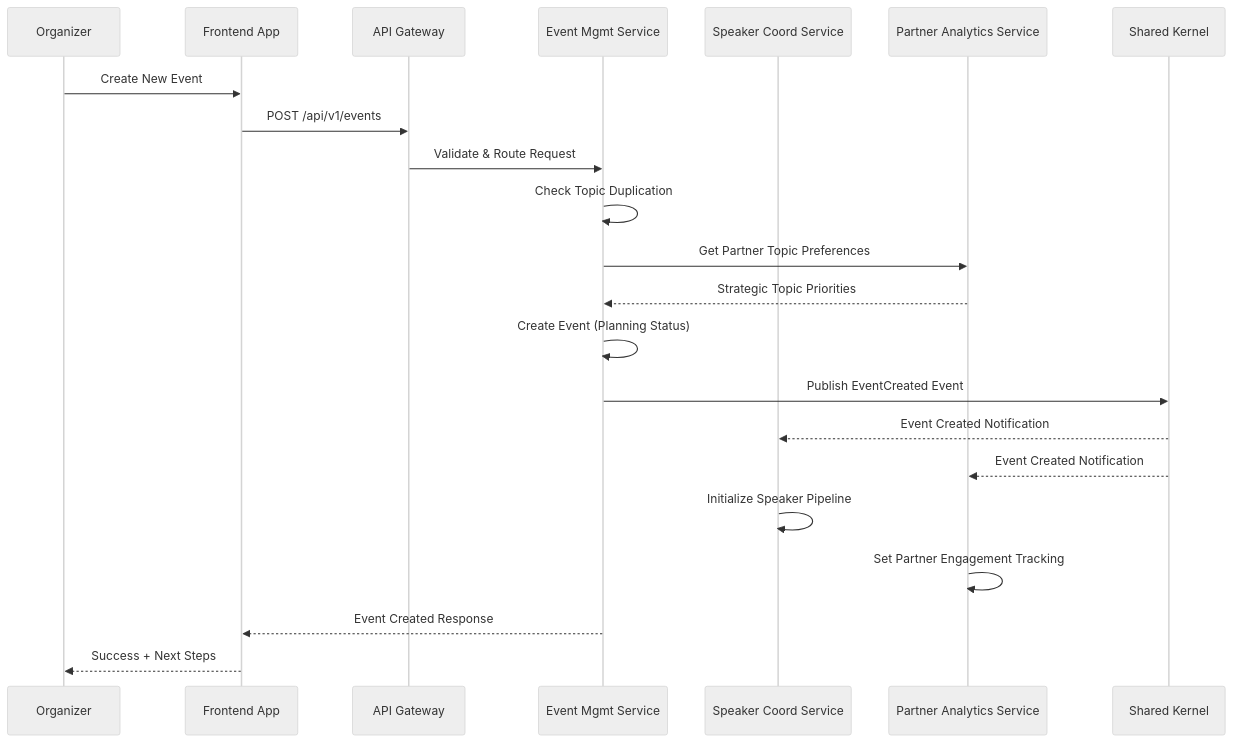
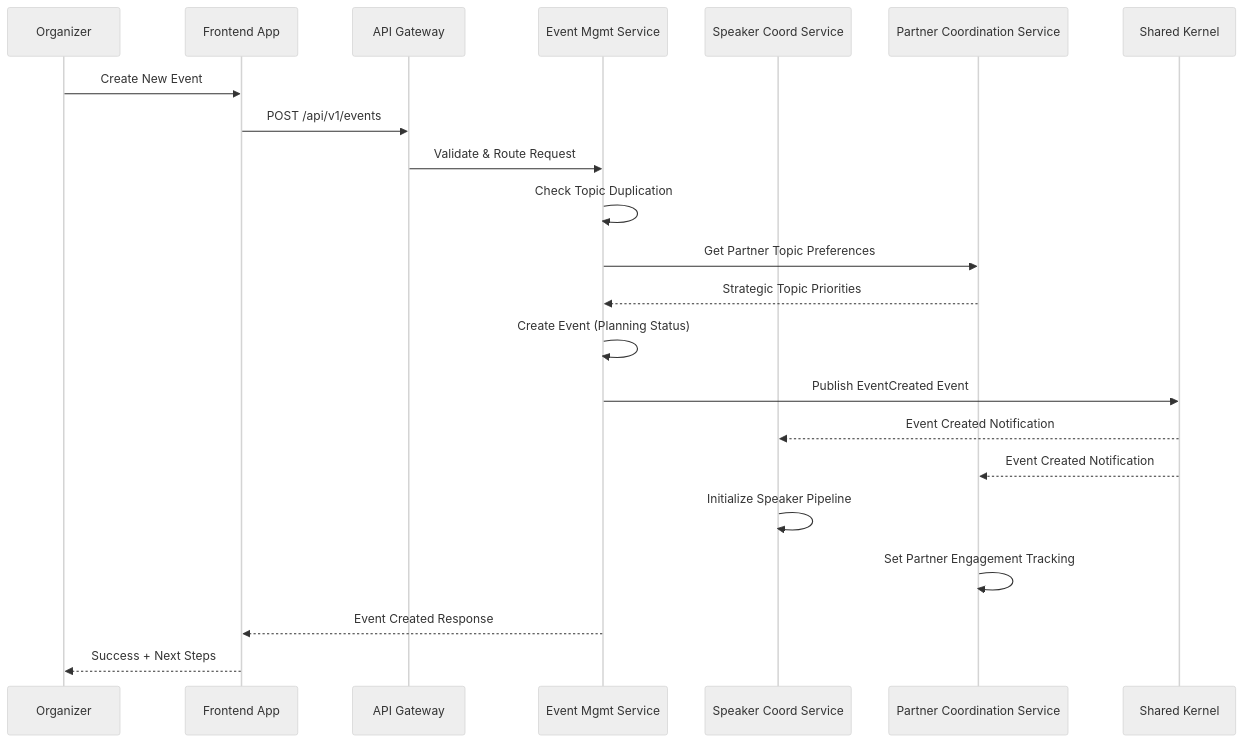
Before and after one commit to nissimbuchs/BATbern2: the first of 4 diagrams in docs/architecture/04-api-design.md, drawn with Mermaid (neutral theme). The commit also changed other lines of this file and 12 other files, not shown here.

````diff
--- a/docs/architecture/04-api-design.md
+++ b/docs/architecture/04-api-design.md
@@ -875,30 +847,30 @@
 ```mermaid
 sequenceDiagram
     participant O as Organizer
     participant FE as Frontend App
     participant GW as API Gateway
     participant EM as Event Mgmt Service
     participant SC as Speaker Coord Service
-    participant PA as Partner Analytics Service
+    participant PC as Partner Coordination Service
     participant SK as Shared Kernel
 
     O->>FE: Create New Event
     FE->>GW: POST /api/v1/events
     GW->>EM: Validate & Route Request
 
     EM->>EM: Check Topic Duplication
-    EM->>PA: Get Partner Topic Preferences
-    PA-->>EM: Strategic Topic Priorities
+    EM->>PC: Get Partner Topic Preferences
+    PC-->>EM: Strategic Topic Priorities
 
     EM->>EM: Create Event (Planning Status)
     EM->>SK: Publish EventCreated Event
 
     SK-->>SC: Event Created Notification
-    SK-->>PA: Event Created Notification
+    SK-->>PC: Event Created Notification
 
     SC->>SC: Initialize Speaker Pipeline
-    PA->>PA: Set Partner Engagement Tracking
+    PC->>PC: Set Partner Engagement Tracking
 
     EM-->>FE: Event Created Response
     FE-->>O: Success + Next Steps
 ```
````
